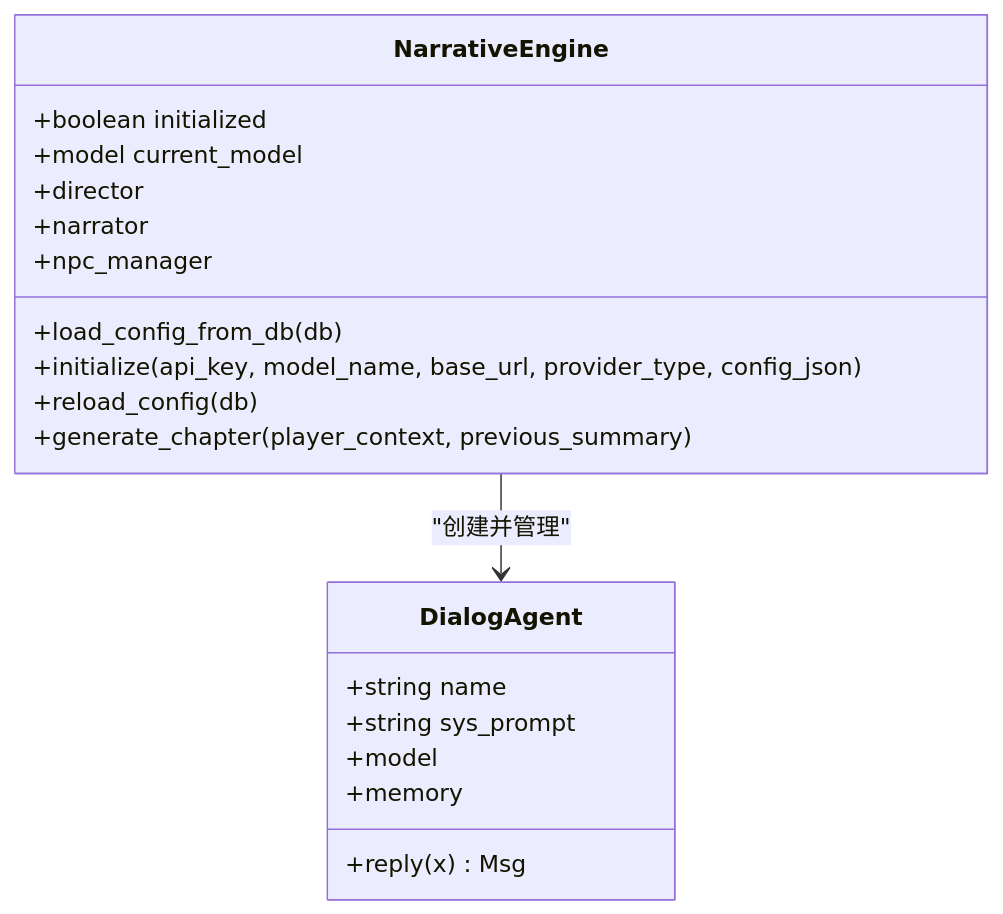
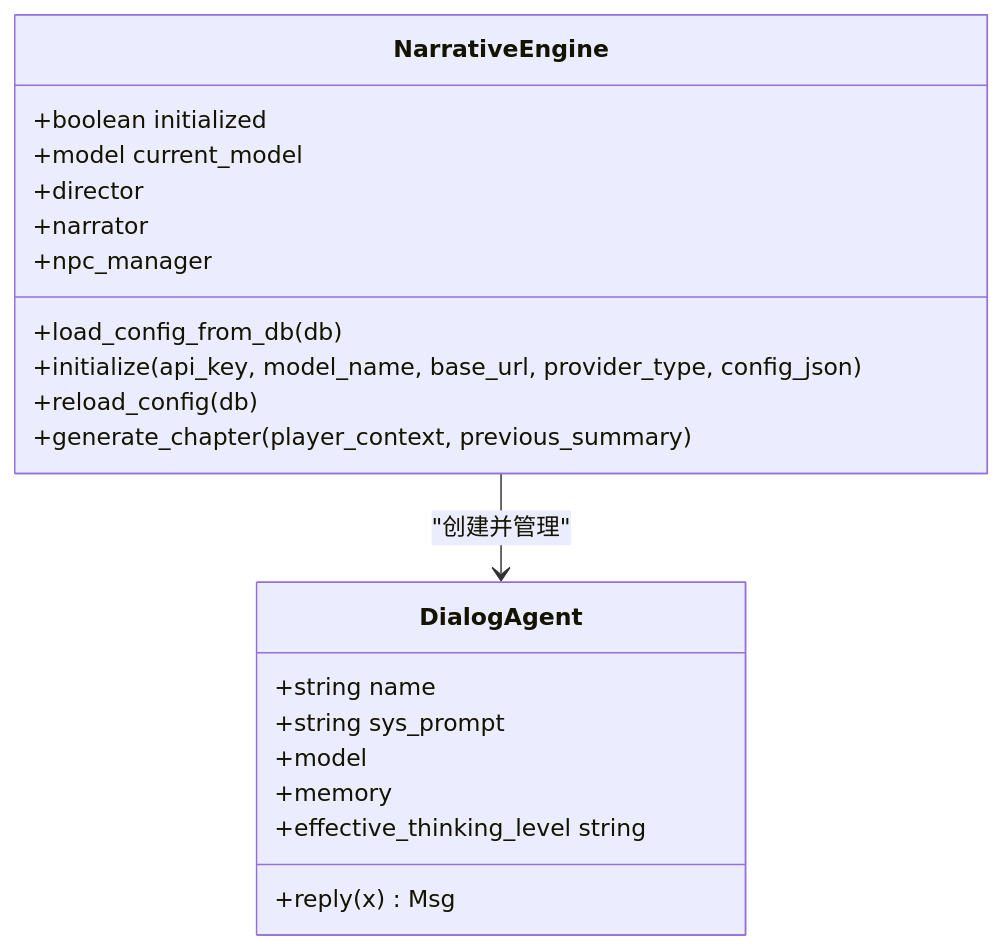
The sixth of 9 diagrams in .qoder/repowiki/zh/content/后台管理系统/LLM提供商管理.md (KunLabAI/KunFlix), drawn with Mermaid before and after one commit. The commit also changed other lines of this file and 25 other files, not shown here.

````diff
--- a/.qoder/repowiki/zh/content/后台管理系统/LLM提供商管理.md
+++ b/.qoder/repowiki/zh/content/后台管理系统/LLM提供商管理.md
@@ -240,22 +282,23 @@
 ```mermaid
 classDiagram
 class DialogAgent {
 +string name
 +string sys_prompt
 +model
 +memory
 +reply(x) Msg
++effective_thinking_level string
 }
 class NarrativeEngine {
 +boolean initialized
 +model current_model
 +director
 +narrator
 +npc_manager
 +load_config_from_db(db)
 +initialize(api_key, model_name, base_url, provider_type, config_json)
 +reload_config(db)
 +generate_chapter(player_context, previous_summary)
 }
 NarrativeEngine --> DialogAgent : "创建并管理"
 ```
````
